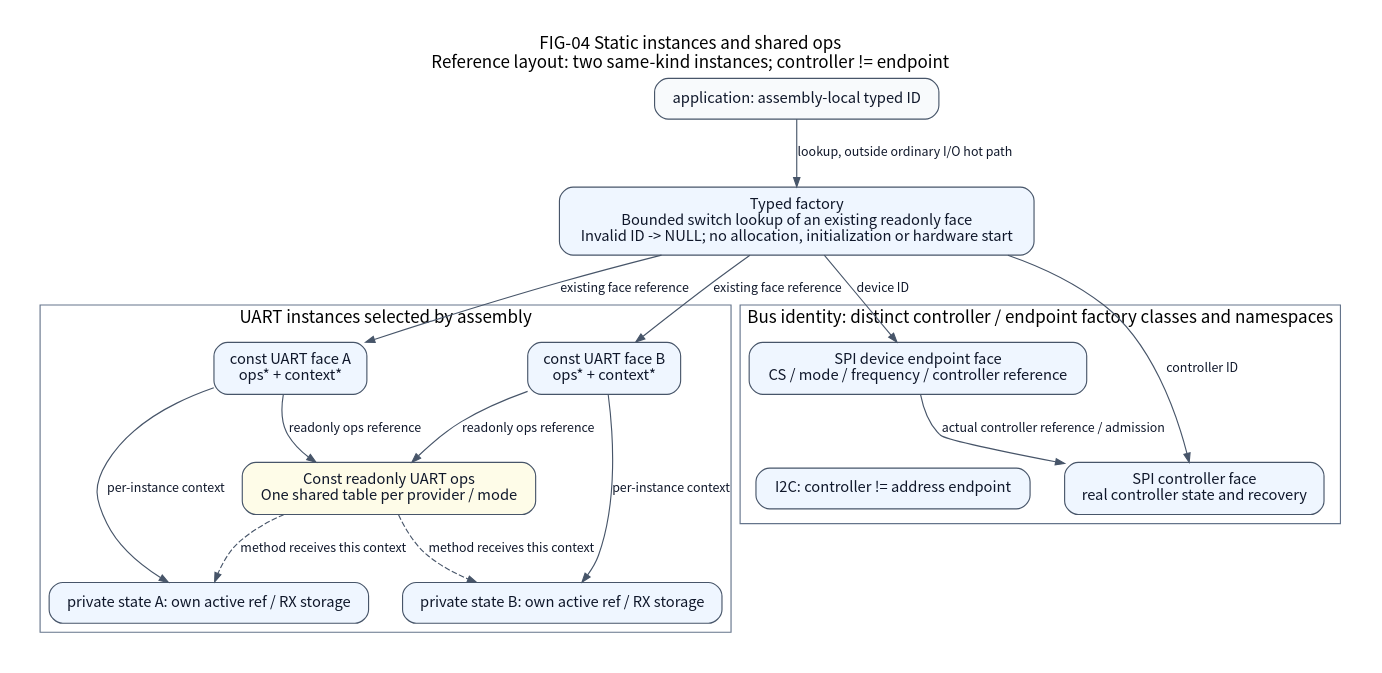
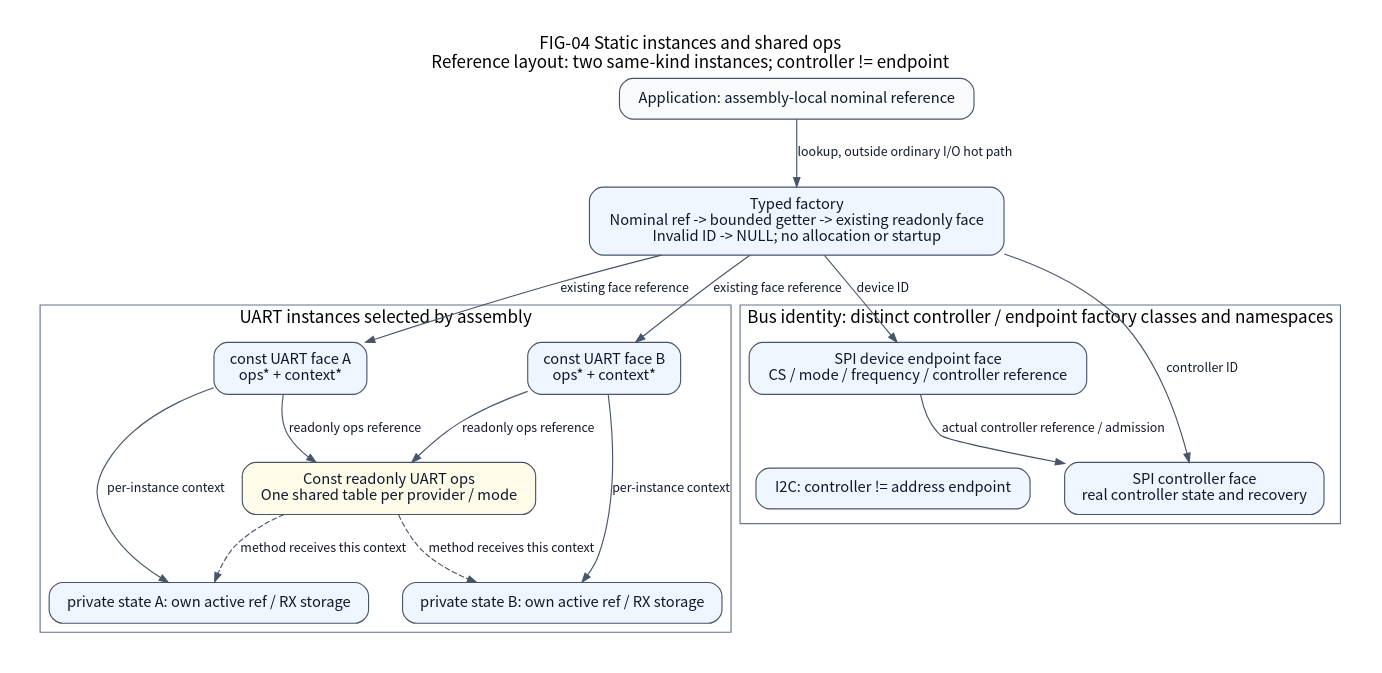
One commit to X-Gen-Lab/nexus changed the diagram in docs/assets/diagrams/localized/en/factory-instances.dot. Above: the diagram before and after it, drawn with Graphviz. The commit also changed 99 other files, not shown here.

Commit message:
feat(platform): streamline typed factory and provider workflows

```diff
--- a/docs/assets/diagrams/localized/en/factory-instances.dot
+++ b/docs/assets/diagrams/localized/en/factory-instances.dot
@@ -1,46 +1,46 @@
 // FIG-04 reference: source-backed, scoped engineering view.
-// Code basis: 0111c8d3b9c7b37d258b9c401070305b13b6f3a1.
+// Code basis: tools/configure/factory.py; native_factory_test.cpp.
 // Relations and qualification limits are documented in README.md.
 digraph FactoryInstances {
     graph [newrank=true, rankdir=TB, bgcolor="white", pad=0.28, nodesep=0.42,
            ranksep=0.66, fontname="Noto Sans CJK SC", fontsize=15,
            labelloc=t];
     node [shape=box, style="rounded,filled", fillcolor="#eff6ff",
           color="#475569", fontcolor="#0f172a", fontname="Noto Sans CJK SC",
           fontsize=13, margin="0.18,0.12"];
     edge [color="#475569", fontcolor="#0f172a",
           fontname="Noto Sans CJK SC", fontsize=11, arrowsize=0.8];
 
     graph [label="FIG-04 Static instances and shared ops\nReference layout: two same-kind instances; controller != endpoint"];
-    caller [label="application: assembly-local typed ID", fillcolor="#f8fafc"];
-    factory [label="Typed factory\nBounded switch lookup of an existing readonly face\nInvalid ID -> NULL; no allocation, initialization or hardware start"];
+    caller [label="Application: assembly-local nominal reference", fillcolor="#f8fafc"];
+    factory [label="Typed factory\nNominal ref -> bounded getter -> existing readonly face\nInvalid ID -> NULL; no allocation or startup"];
     subgraph clusterUart {
         label="UART instances selected by assembly"; color="#64748b";
         faceA [label="const UART face A\nops* + context*"];
         faceB [label="const UART face B\nops* + context*"];
         ops [label="Const readonly UART ops\nOne shared table per provider / mode", fillcolor="#fefce8"];
         stateA [label="private state A: own active ref / RX storage"];
         stateB [label="private state B: own active ref / RX storage"];
         { rank=same; faceA; faceB; }
         { rank=same; stateA; stateB; }
     }
     subgraph clusterBus {
         label="Bus identity: distinct controller / endpoint factory classes and namespaces"; color="#64748b";
         controller [label="SPI controller face\nreal controller state and recovery"];
         endpoint [label="SPI device endpoint face\nCS / mode / frequency / controller reference"];
         i2c [label="I2C: controller != address endpoint"];
     }
     caller -> factory [label="lookup, outside ordinary I/O hot path"];
     factory -> faceA [label="existing face reference"];
     factory -> faceB [label="existing face reference"];
     faceA -> ops [label="readonly ops reference"];
     faceB -> ops [label="readonly ops reference"];
     faceA -> stateA [label="per-instance context"];
     faceB -> stateB [label="per-instance context"];
     ops -> stateA [label="method receives this context", style=dashed];
     ops -> stateB [label="method receives this context", style=dashed];
     factory -> controller [label="controller ID"];
     factory -> endpoint [label="device ID"];
     endpoint -> controller [label="actual controller reference / admission"];
     endpoint -> i2c [style=invis];
 }
```
